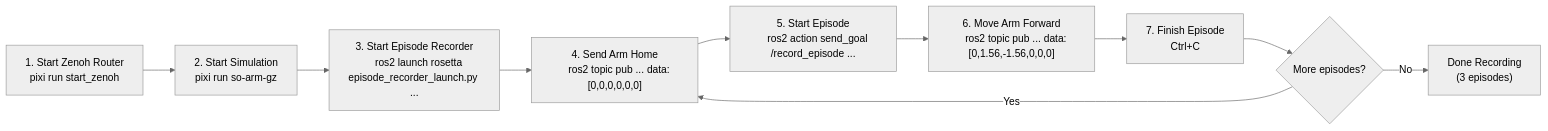
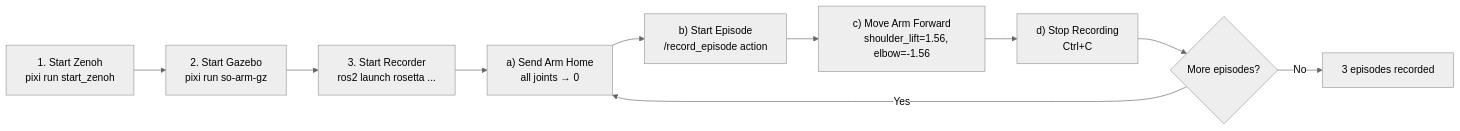
Before and after one commit to luisarizmendi/demos: the diagram in demos/so_arm_101/rosetta_end_to_end_demo.md, drawn with Mermaid (neutral theme). The commit also changed other lines of this file and 1 other file, not shown here.

````diff
--- a/demos/so_arm_101/rosetta_end_to_end_demo.md
+++ b/demos/so_arm_101/rosetta_end_to_end_demo.md
@@ -121,20 +309,19 @@
 ```mermaid
 flowchart LR
-    A["1. Start Zenoh Router
-    pixi run start_zenoh"] --> B["2. Start Simulation
+    A["1. Start Zenoh
+    pixi run start_zenoh"] --> B["2. Start Gazebo
     pixi run so-arm-gz"]
-    B --> C["3. Start Episode Recorder
-    ros2 launch rosetta episode_recorder_launch.py ..."]
-    C --> D["4. Send Arm Home
-    ros2 topic pub ... data: [0,0,0,0,0,0]"]
-    D --> E["5. Start Episode
-    ros2 action send_goal /record_episode ..."]
-    E --> F["6. Move Arm Forward
-    ros2 topic pub ... data: [0,1.56,-1.56,0,0,0]"]
-    F --> G["7. Finish Episode
+    B --> C["3. Start Recorder
+    ros2 launch rosetta ..."]
+    C --> D["a) Send Arm Home
+    all joints → 0"]
+    D --> E["b) Start Episode
+    /record_episode action"]
+    E --> F["c) Move Arm Forward
+    shoulder_lift=1.56, elbow=-1.56"]
+    F --> G["d) Stop Recording
     Ctrl+C"]
     G --> H{More episodes?}
     H -- Yes --> D
-    H -- No --> I["Done Recording
-    (3 episodes)"]
+    H -- No --> I["3 episodes recorded"]
 ```
````
